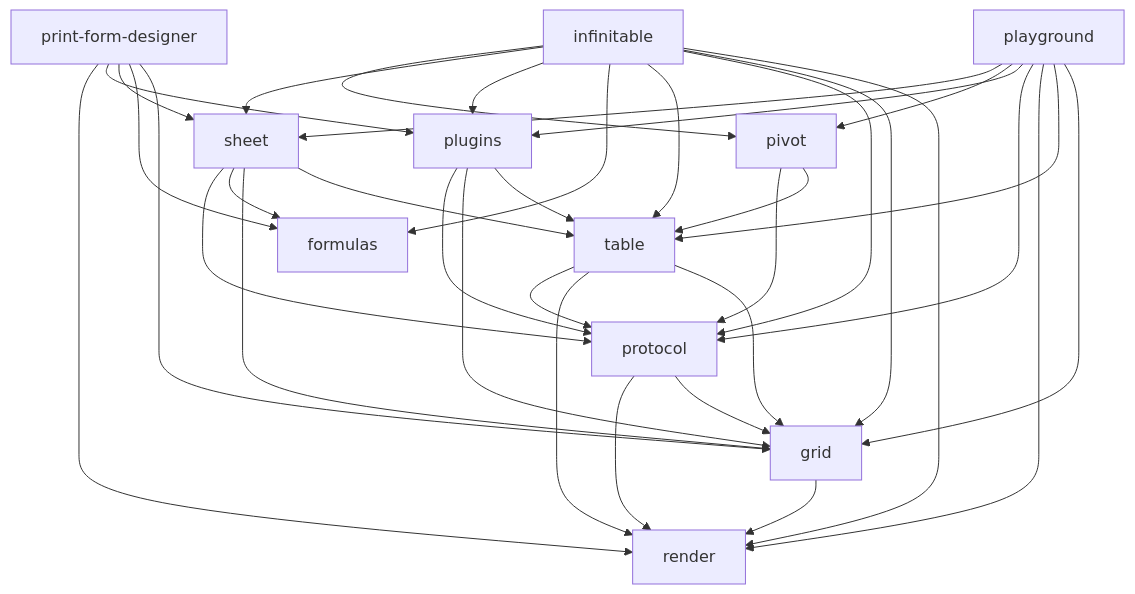
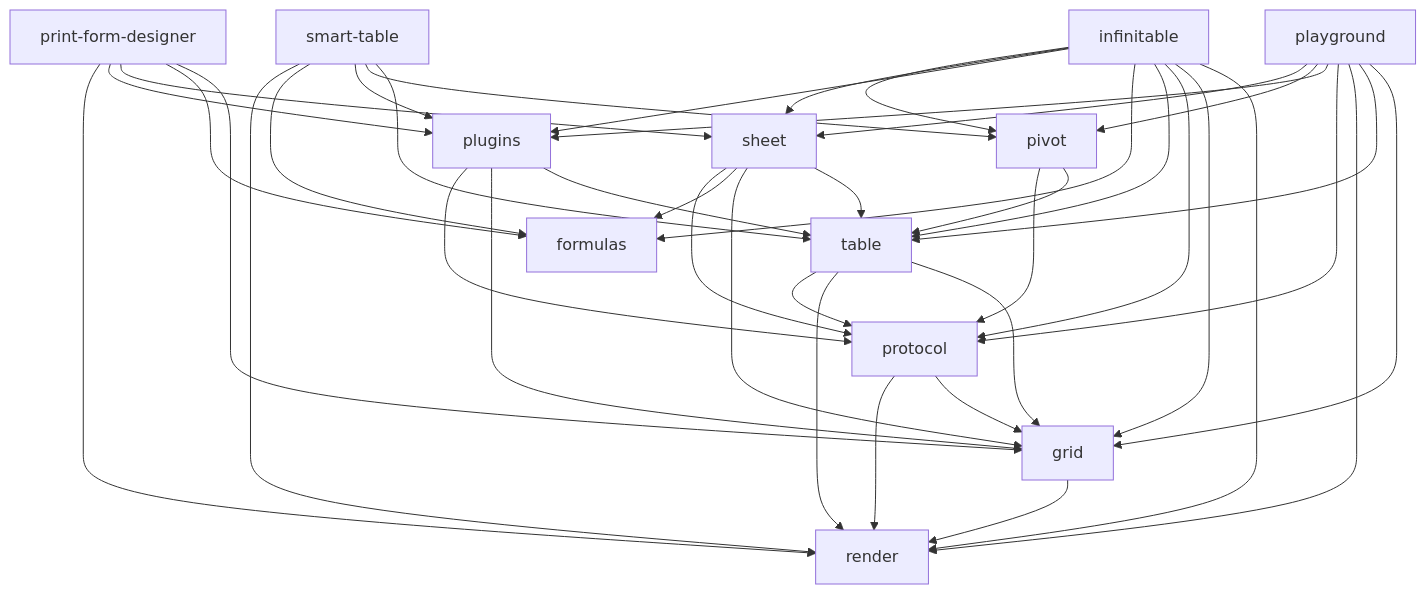
One commit to cabinet-fe/infinite-table changed the diagram in .agents/docs/CODE-MAP.md. Above: the diagram before and after it, drawn with Mermaid. The commit also changed other lines of this file and 42 other files, not shown here.

First line of the commit message:
feat(smart-table): 新增多维智能表格全栈应用

````diff
--- a/.agents/docs/CODE-MAP.md
+++ b/.agents/docs/CODE-MAP.md
@@ -91,38 +93,43 @@
 ```mermaid
 graph TD
     grid --> render
     protocol --> grid
     protocol --> render
     table --> grid
     table --> render
     table --> protocol
     plugins --> table
     plugins --> grid
     plugins --> protocol
     pivot --> table
     pivot --> protocol
     sheet --> table
     sheet --> grid
     sheet --> formulas
     sheet --> protocol
     infinitable --> render
     infinitable --> grid
     infinitable --> protocol
     infinitable --> table
     infinitable --> formulas
     infinitable --> plugins
     infinitable --> sheet
     infinitable --> pivot
     playground --> grid
     playground --> table
     playground --> render
     playground --> protocol
     playground --> plugins
     playground --> pivot
     playground --> sheet
     print-form-designer --> grid
     print-form-designer --> formulas
     print-form-designer --> sheet
     print-form-designer --> plugins
     print-form-designer --> render
+    smart-table --> table
+    smart-table --> pivot
+    smart-table --> plugins
+    smart-table --> formulas
+    smart-table --> render
 ```
````
